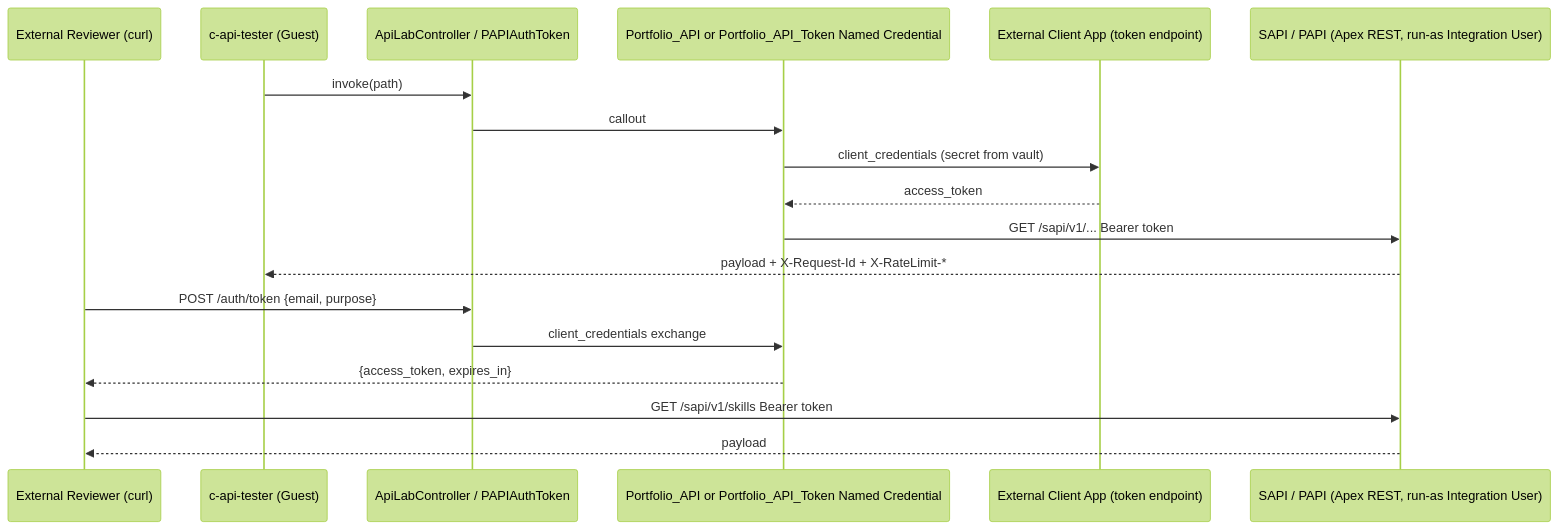
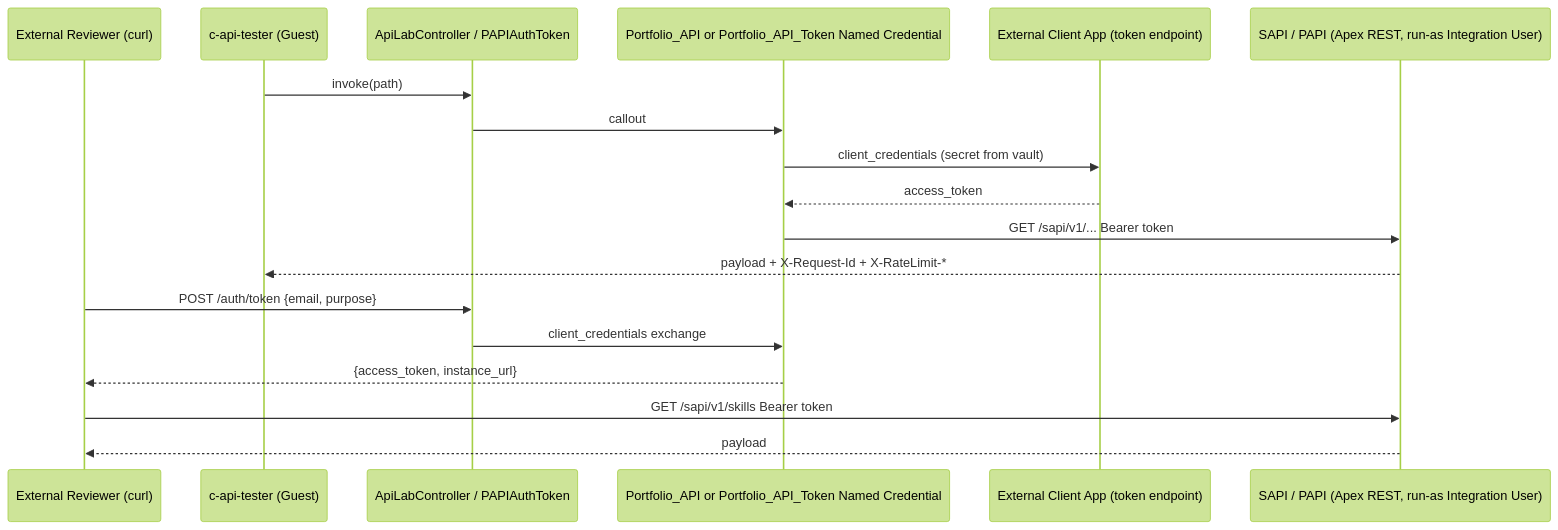
Before and after one commit to rdbumstead/salesforce-platform-architect-portfolio: the fifth of 5 diagrams in docs/guides/03-SAS.md, drawn with Mermaid (forest theme). The commit also changed other lines of this file and 3 other files, not shown here.

Commit message:
docs(guides): describe the token idle timeout, Relaxed CSP for GA4, the measured GraphQL indicator and the API reference page

````diff
--- a/docs/guides/03-SAS.md
+++ b/docs/guides/03-SAS.md
@@ -786,22 +786,22 @@
 ```mermaid
 sequenceDiagram
     participant Reviewer as External Reviewer (curl)
     participant LWC as c-api-tester (Guest)
     participant Proxy as ApiLabController / PAPIAuthToken
     participant NC as Portfolio_API or Portfolio_API_Token Named Credential
     participant ECA as External Client App (token endpoint)
     participant API as SAPI / PAPI (Apex REST, run-as Integration User)
 
     LWC->>Proxy: invoke(path)
     Proxy->>NC: callout
     NC->>ECA: client_credentials (secret from vault)
     ECA-->>NC: access_token
     NC->>API: GET /sapi/v1/... Bearer token
     API-->>LWC: payload + X-Request-Id + X-RateLimit-*
 
     Reviewer->>Proxy: POST /auth/token {email, purpose}
     Proxy->>NC: client_credentials exchange
-    NC-->>Reviewer: {access_token, expires_in}
+    NC-->>Reviewer: {access_token, instance_url}
     Reviewer->>API: GET /sapi/v1/skills Bearer token
     API-->>Reviewer: payload
 ```
````
